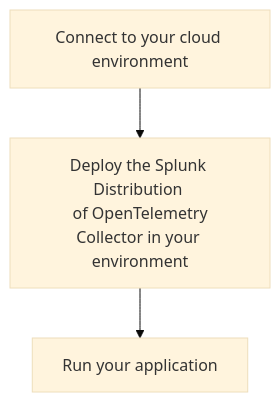
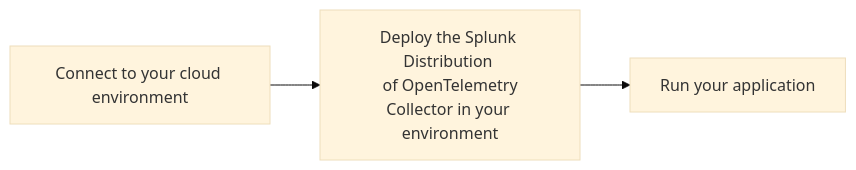
One commit to splunk/public-o11y-docs changed the diagram in gdi/opentelemetry/discovery-mode.rst. Above: the diagram before and after it, drawn with Mermaid (base theme). The commit also changed other lines of this file and 9 other files, not shown here.

```diff
--- a/gdi/opentelemetry/discovery-mode.rst
+++ b/gdi/opentelemetry/discovery-mode.rst
@@ -20,14 +22,14 @@
 .. mermaid::
    
-   flowchart TB
+   flowchart LR
 
       accTitle: Automatic discovery and configuration process diagram
       accDescr: Step one. Connect to your cloud environment. Step two. Ensure the OpenTelemetry Collector is running. Step three. Run your application.
 
       X["Connect to your cloud environment"]
 
       Y["Deploy the Splunk Distribution \n of OpenTelemetry Collector in your environment"]
 
       Z["Run your application"]
       
       X --> Y --> Z
```
